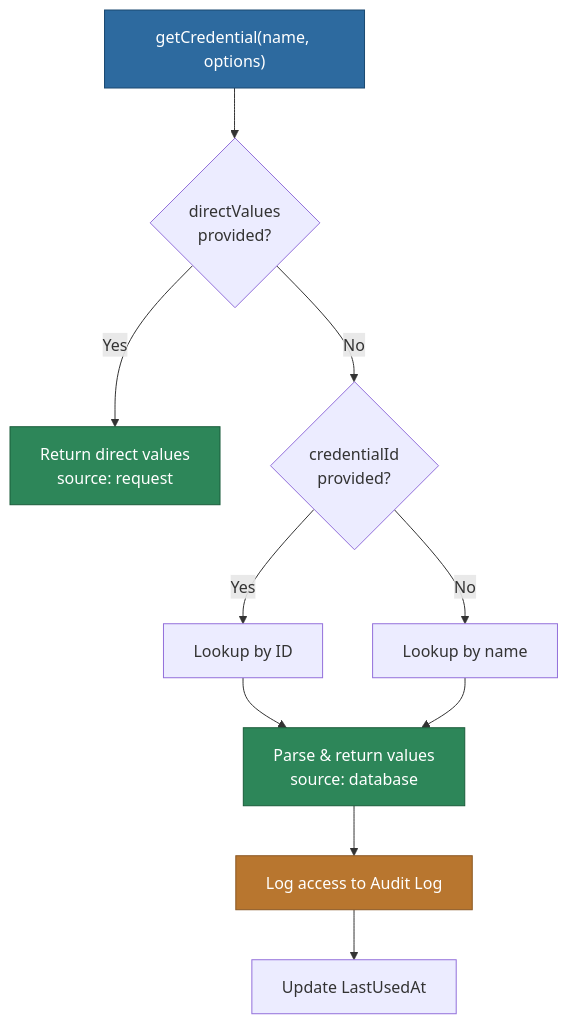
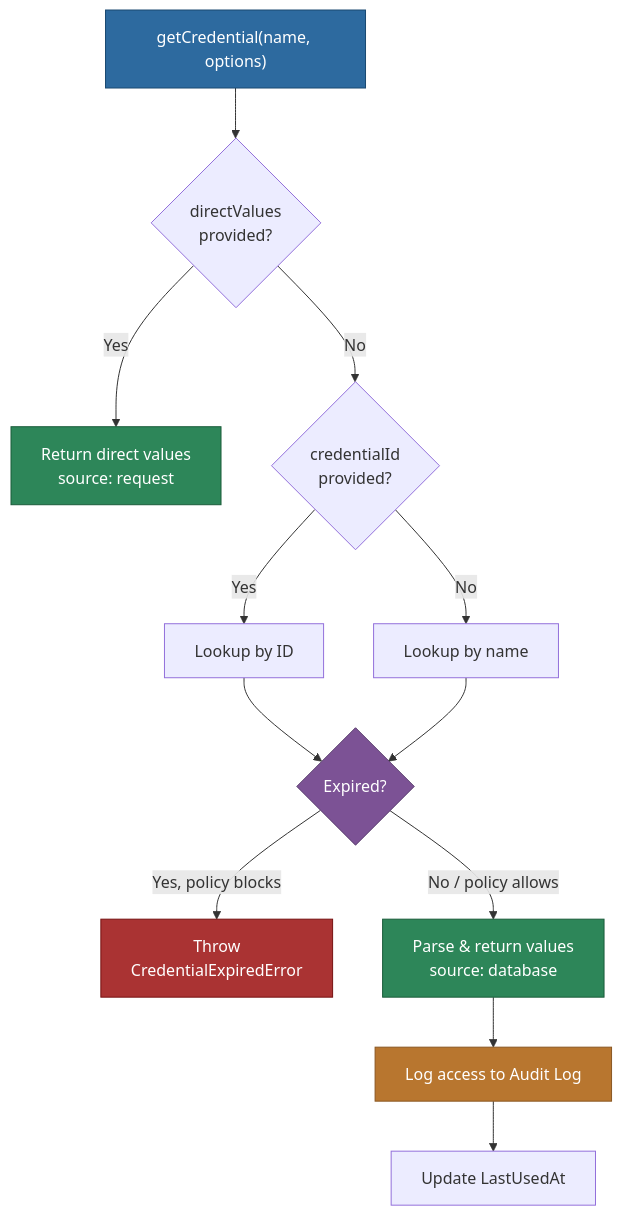
The second of 2 diagrams in packages/Credentials/Engine/README.md (MemberJunction/MJ), drawn with Mermaid before and after one commit. The commit also changed other lines of this file and 15 other files, not shown here.

````diff
--- a/packages/Credentials/Engine/README.md
+++ b/packages/Credentials/Engine/README.md
@@ -58,17 +58,21 @@
 ```mermaid
 flowchart TD
     A["getCredential(name, options)"] --> B{directValues<br/>provided?}
     B -->|Yes| C["Return direct values<br/>source: request"]
     B -->|No| D{credentialId<br/>provided?}
     D -->|Yes| E["Lookup by ID"]
     D -->|No| F["Lookup by name"]
-    E --> G["Parse & return values<br/>source: database"]
-    F --> G
+    E --> X{Expired?}
+    F --> X
+    X -->|"Yes, policy blocks"| Y["Throw<br/>CredentialExpiredError"]
+    X -->|"No / policy allows"| G["Parse & return values<br/>source: database"]
     G --> H["Log access to Audit Log"]
     H --> I["Update LastUsedAt"]
 
     style A fill:#2d6a9f,stroke:#1a4971,color:#fff
     style C fill:#2d8659,stroke:#1a5c3a,color:#fff
     style G fill:#2d8659,stroke:#1a5c3a,color:#fff
     style H fill:#b8762f,stroke:#8a5722,color:#fff
+    style X fill:#7c5295,stroke:#563a6b,color:#fff
+    style Y fill:#a33,stroke:#711,color:#fff
 ```
````
